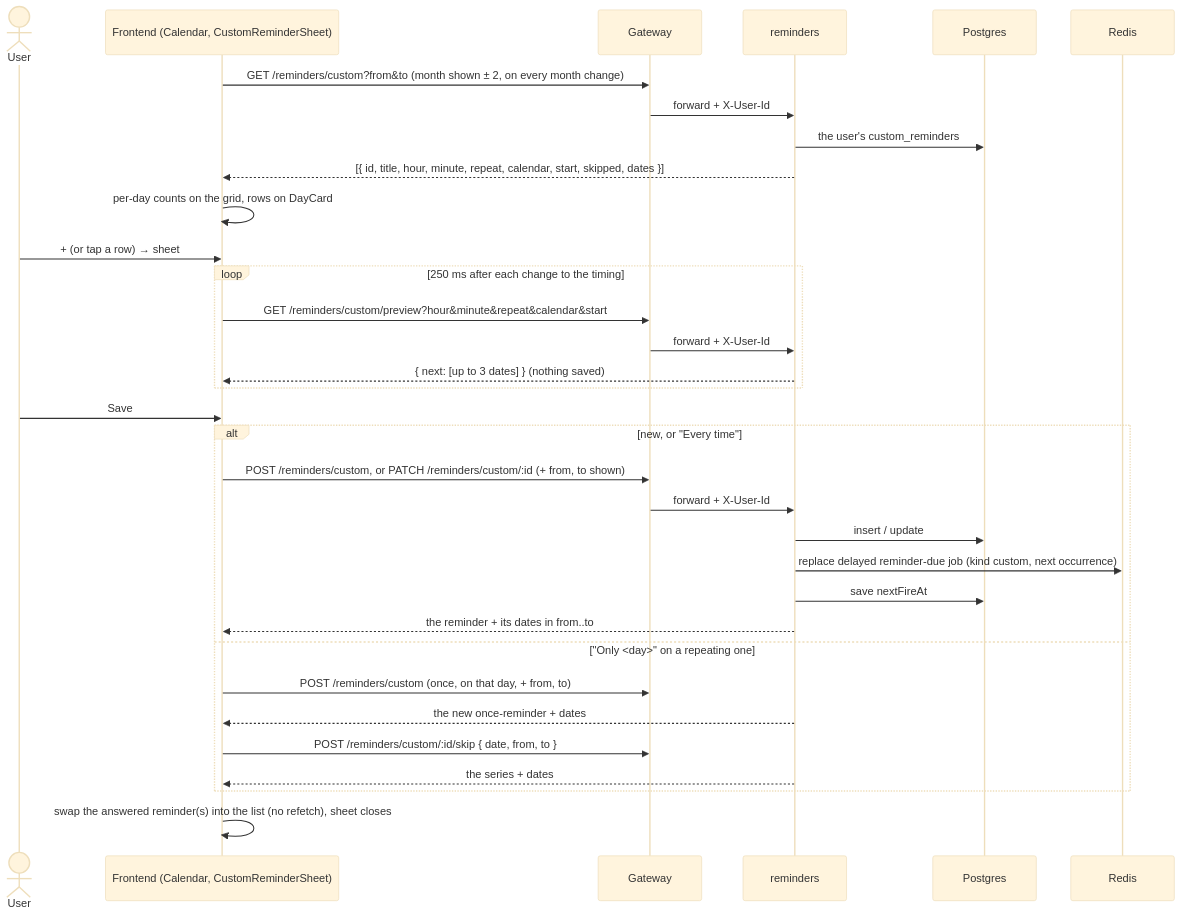
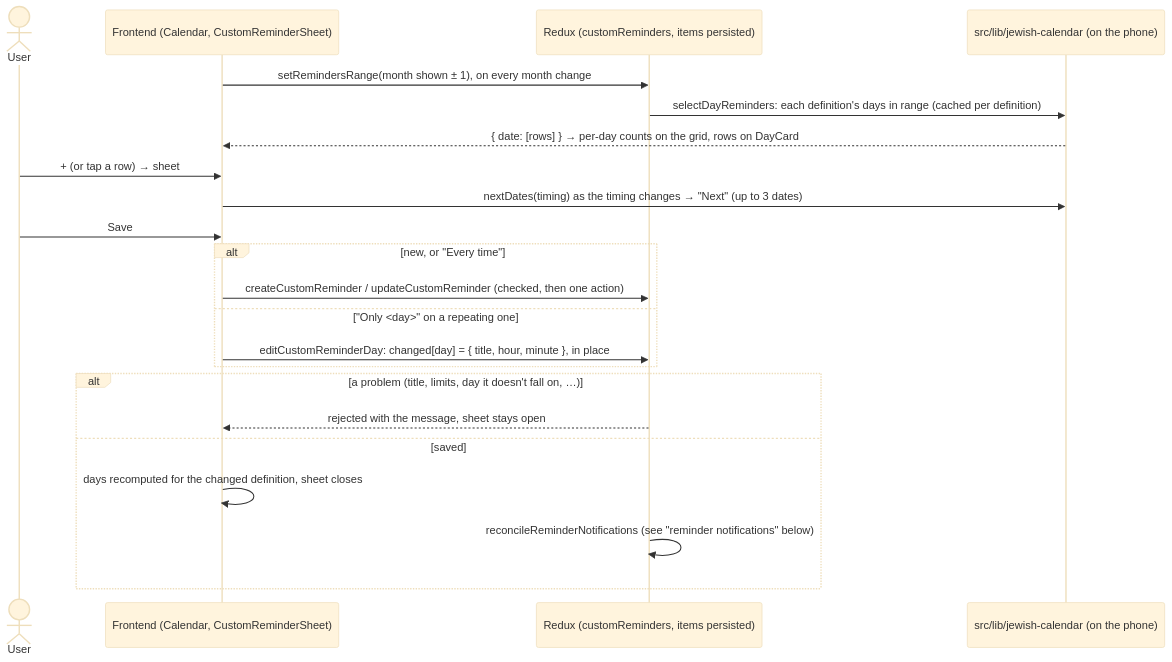
One commit to LidorElmakaies/personal-copilot changed the eighth of 10 diagrams in docs/specs/architecture.md. Above: the diagram before and after it, drawn with Mermaid (base theme). The commit also changed other lines of this file and 42 other files, not shown here.

````diff
--- a/docs/specs/architecture.md
+++ b/docs/specs/architecture.md
@@ -290,36 +280,25 @@
 ```mermaid
 sequenceDiagram
     actor User
     participant App as Frontend (Calendar, CustomReminderSheet)
-    participant Gateway
-    participant Rem as reminders
-    participant DB as Postgres
-    participant Redis
+    participant Store as Redux (customReminders, items persisted)
+    participant Lib as src/lib/jewish-calendar (on the phone)
 
-    App->>Gateway: GET /reminders/custom?from&to (month shown ± 2, on every month change)
-    Gateway->>Rem: forward + X-User-Id
-    Rem->>DB: the user's custom_reminders
-    Rem-->>App: [{ id, title, hour, minute, repeat, calendar, start, skipped, dates }]
-    App->>App: per-day counts on the grid, rows on DayCard
+    App->>Store: setRemindersRange(month shown ± 1), on every month change
+    Store->>Lib: selectDayReminders: each definition's days in range (cached per definition)
+    Lib-->>App: { date: [rows] } → per-day counts on the grid, rows on DayCard
     User->>App: + (or tap a row) → sheet
-    loop 250 ms after each change to the timing
-        App->>Gateway: GET /reminders/custom/preview?hour&minute&repeat&calendar&start
-        Gateway->>Rem: forward + X-User-Id
-        Rem-->>App: { next: [up to 3 dates] } (nothing saved)
-    end
+    App->>Lib: nextDates(timing) as the timing changes → "Next" (up to 3 dates)
     User->>App: Save
     alt new, or "Every time"
-        App->>Gateway: POST /reminders/custom, or PATCH /reminders/custom/:id (+ from, to shown)
-        Gateway->>Rem: forward + X-User-Id
-        Rem->>DB: insert / update
-        Rem->>Redis: replace delayed reminder-due job (kind custom, next occurrence)
-        Rem->>DB: save nextFireAt
-        Rem-->>App: the reminder + its dates in from..to
+        App->>Store: createCustomReminder / updateCustomReminder (checked, then one action)
     else "Only <day>" on a repeating one
-        App->>Gateway: POST /reminders/custom (once, on that day, + from, to)
-        Rem-->>App: the new once-reminder + dates
-        App->>Gateway: POST /reminders/custom/:id/skip { date, from, to }
-        Rem-->>App: the series + dates
+        App->>Store: editCustomReminderDay: changed[day] = { title, hour, minute }, in place
     end
-    App->>App: swap the answered reminder(s) into the list (no refetch), sheet closes
+    alt a problem (title, limits, day it doesn't fall on, …)
+        Store-->>App: rejected with the message, sheet stays open
+    else saved
+        App->>App: days recomputed for the changed definition, sheet closes
+        Store->>Store: reconcileReminderNotifications (see "reminder notifications" below)
+    end
 ```
````
